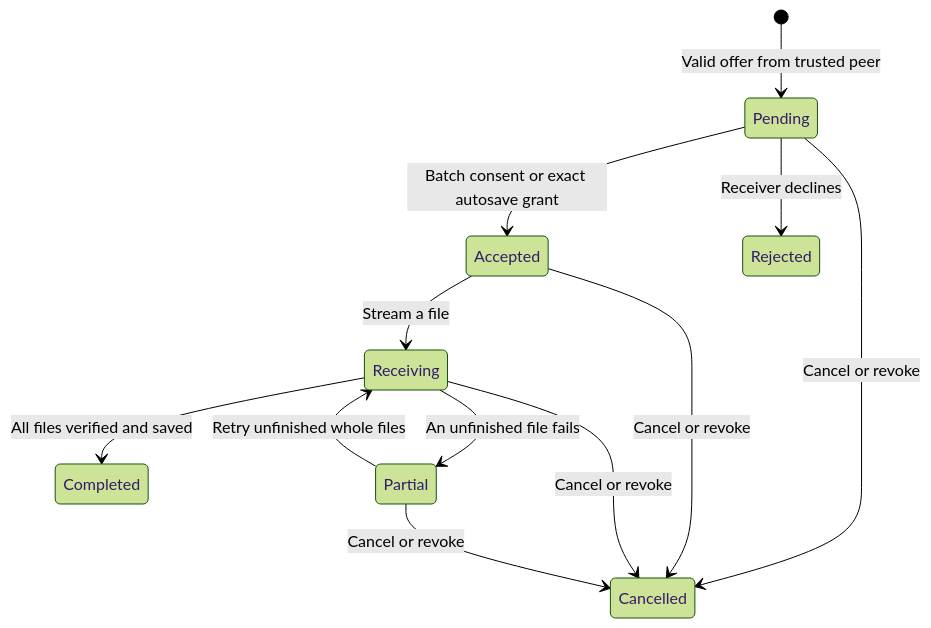
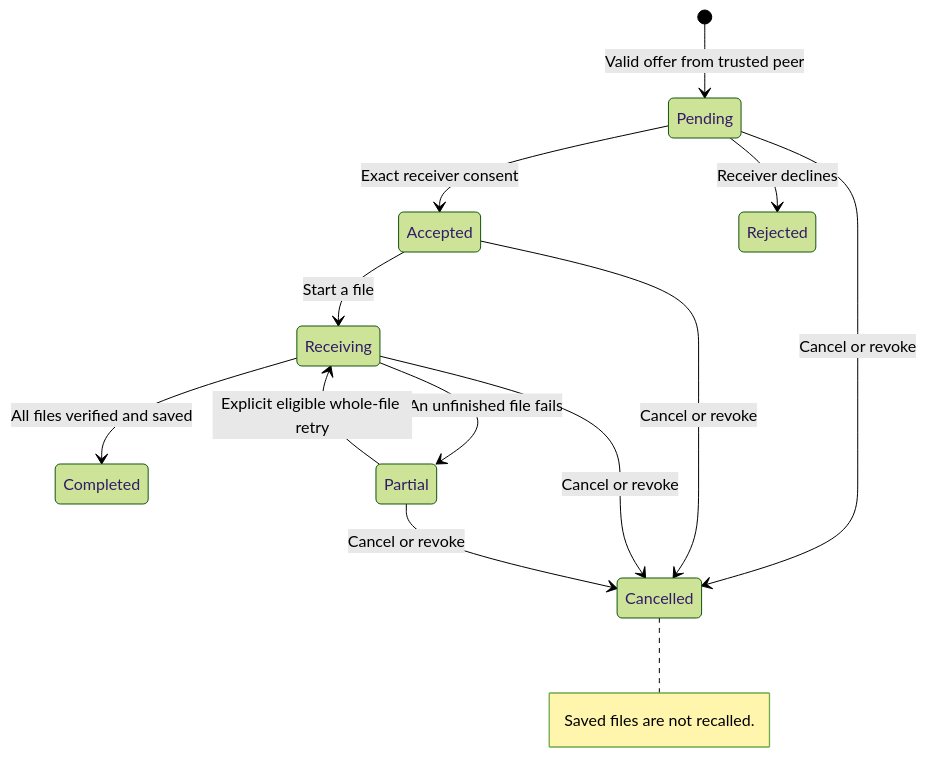
The fourth of 4 diagrams in docs/ARCHITECTURE.md (webkaz-labs/sobalink), drawn with Mermaid (forest theme) before and after one commit. The commit also changed other lines of this file and 238 other files, not shown here.

First line of the commit message:
docs: explain workflows with distinct diagrams and real screen examples (#60)

````diff
--- a/docs/ARCHITECTURE.md
+++ b/docs/ARCHITECTURE.md
@@ -120,14 +133,21 @@
 ```mermaid
 stateDiagram-v2
-    [*] --> Pending: Valid offer from trusted peer
-    Pending --> Accepted: Batch consent or exact autosave grant
-    Pending --> Rejected: Receiver declines
-    Accepted --> Receiving: Stream a file
-    Receiving --> Completed: All files verified and saved
-    Receiving --> Partial: An unfinished file fails
-    Partial --> Receiving: Retry unfinished whole files
-    Pending --> Cancelled: Cancel or revoke
-    Accepted --> Cancelled: Cancel or revoke
-    Receiving --> Cancelled: Cancel or revoke
-    Partial --> Cancelled: Cancel or revoke
+ accTitle: File offer, receiver consent and saved evidence
+ accDescr: Cancelled does not recall files already saved; retry does not imply byte-offset resume.
+ [*] --> Pending: Valid offer from trusted peer
+ Pending --> Accepted: Exact receiver consent
+ Pending --> Rejected: Receiver declines
+ Accepted --> Receiving: Start a file
+ Receiving --> Completed: All files verified and saved
+ Receiving --> Partial: An unfinished file fails
+ Partial --> Receiving: Explicit eligible whole-file retry
+ Pending --> Cancelled: Cancel or revoke
+ Accepted --> Cancelled: Cancel or revoke
+ Receiving --> Cancelled: Cancel or revoke
+ Partial --> Cancelled: Cancel or revoke
+ direction TB
+
+ note right of Cancelled
+  Saved files are not recalled.
+ end note
 ```
````
